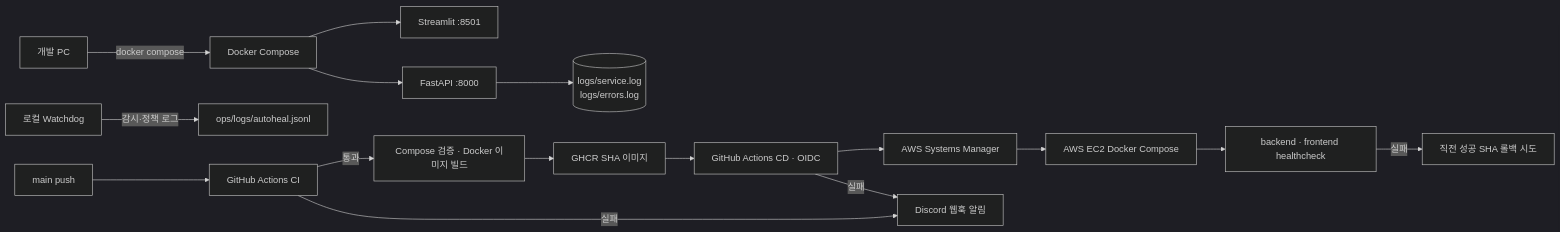
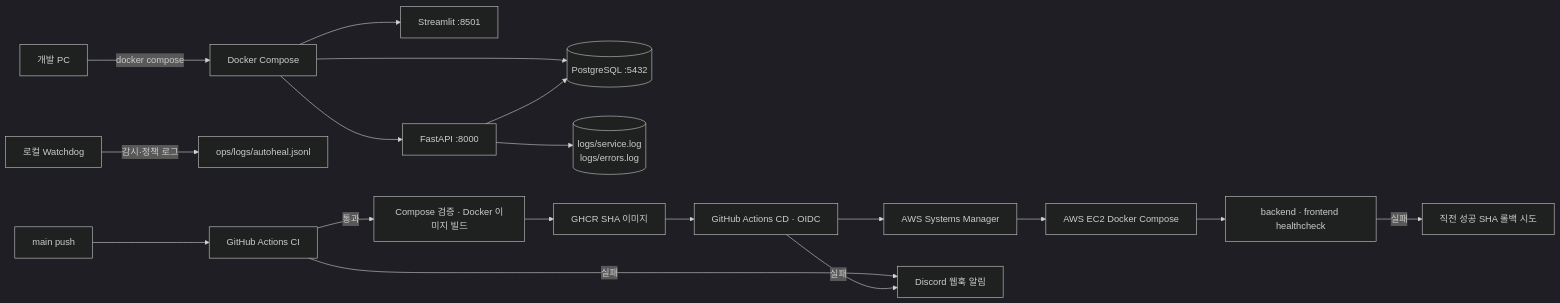
One commit to ac9989/2026-aio2-p3-ChargePin changed the diagram in docs/P3-2_Deployment_and_Recovery_Report_1.1.md. Above: the diagram before and after it, drawn with Mermaid (dark theme). The commit also changed other lines of this file and 19 other files, not shown here.

````diff
--- a/docs/P3-2_Deployment_and_Recovery_Report_1.1.md
+++ b/docs/P3-2_Deployment_and_Recovery_Report_1.1.md
@@ -28,19 +28,21 @@
 ```mermaid
 flowchart LR
     DEV[개발 PC] -->|docker compose| LOCAL[Docker Compose]
     LOCAL --> FE[Streamlit :8501]
     LOCAL --> BE[FastAPI :8000]
+    LOCAL --> DB[(PostgreSQL :5432)]
+    BE --> DB
     BE --> LOG[(logs/service.log\nlogs/errors.log)]
     WATCH[로컬 Watchdog] -->|감시·정책 로그| ALOG[ops/logs/autoheal.jsonl]
 
     PUSH[main push] --> CI[GitHub Actions CI]
     CI -->|통과| BUILD[Compose 검증 · Docker 이미지 빌드]
     BUILD --> GHCR[GHCR SHA 이미지]
     GHCR --> CD[GitHub Actions CD · OIDC]
     CD --> SSM[AWS Systems Manager]
     SSM --> EC2[AWS EC2 Docker Compose]
     EC2 --> HEALTH[backend · frontend healthcheck]
     HEALTH -->|실패| ROLLBACK[직전 성공 SHA 롤백 시도]
     CI -->|실패| DISCORD[Discord 웹훅 알림]
     CD -->|실패| DISCORD
 ```
````
